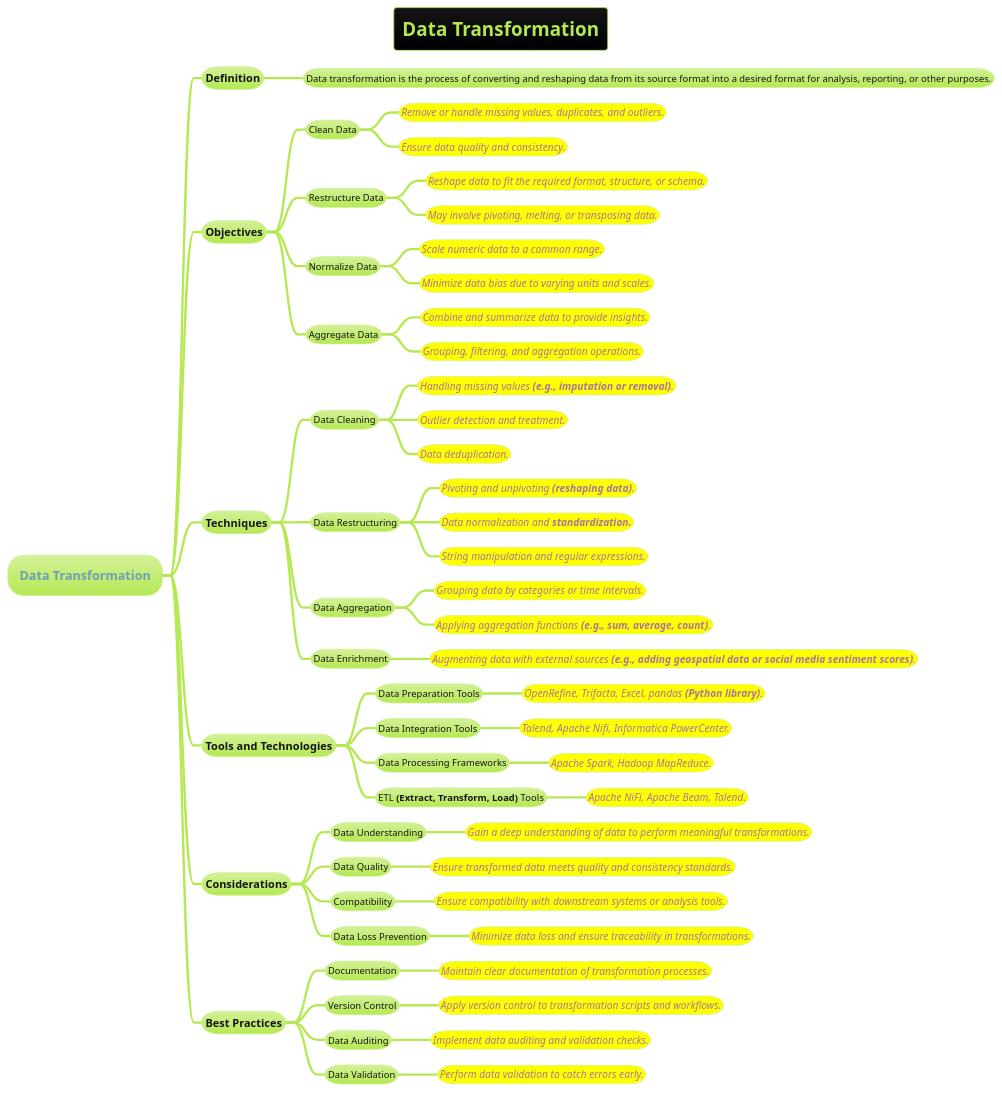
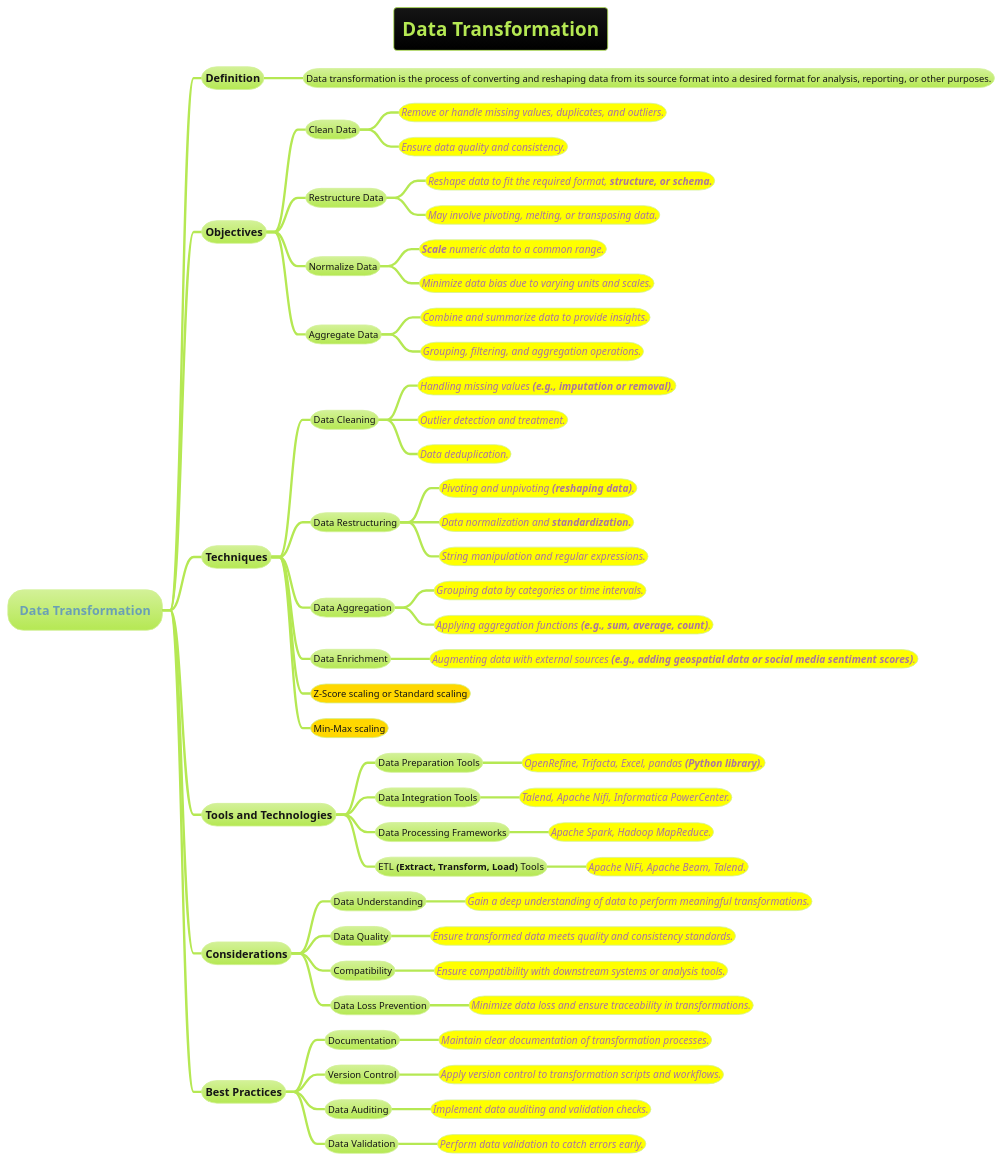
Before and after one commit to MehmoodHashmi/Documentation-as-Code-DaC: the diagram in docs/AI-ML- DL-Data-Science-and-BigData/data-science/data-engineering/data-preprocessing-(or-wrangling)/2-Data-Transformation.puml, drawn with PlantUML. The commit also changed 2 other files, not shown here.

```diff
--- a/docs/AI-ML- DL-Data-Science-and-BigData/data-science/data-engineering/data-preprocessing-(or-wrangling)/2-Data-Transformation.puml
+++ b/docs/AI-ML- DL-Data-Science-and-BigData/data-science/data-engineering/data-preprocessing-(or-wrangling)/2-Data-Transformation.puml
@@ -1,83 +1,85 @@
 @startmindmap
 title =Data Transformation
 !theme hacker
 
 * Data Transformation
 ** Definition
 *** Data transformation is the process of converting and reshaping data from its source format into a desired format for analysis, reporting, or other purposes.
 
 ** Objectives
 *** Clean Data
 ****[#yellow] ====<size:13>Remove or handle missing values, duplicates, and outliers.
 ****[#yellow] ====<size:13>Ensure data quality and consistency.
 
 *** Restructure Data
-****[#yellow] ====<size:13>Reshape data to fit the required format, structure, or schema.
+****[#yellow] ====<size:13>Reshape data to fit the required format, **structure, or schema.**
 ****[#yellow] ====<size:13>May involve pivoting, melting, or transposing data.
 
 *** Normalize Data
-****[#yellow] ====<size:13>Scale numeric data to a common range.
+****[#yellow] ====<size:13>**Scale** numeric data to a common range.
 ****[#yellow] ====<size:13>Minimize data bias due to varying units and scales.
 
 *** Aggregate Data
 ****[#yellow] ====<size:13>Combine and summarize data to provide insights.
 ****[#yellow] ====<size:13>Grouping, filtering, and aggregation operations.
 
 ** Techniques
 *** Data Cleaning
 ****[#yellow] ====<size:13>Handling missing values **(e.g., imputation or removal)**.
 ****[#yellow] ====<size:13>Outlier detection and treatment.
 ****[#yellow] ====<size:13>Data deduplication.
 
 *** Data Restructuring
 ****[#yellow] ====<size:13>Pivoting and unpivoting **(reshaping data)**.
 ****[#yellow] ====<size:13>Data normalization and **standardization.**
 ****[#yellow] ====<size:13>String manipulation and regular expressions.
 
 *** Data Aggregation
 ****[#yellow] ====<size:13>Grouping data by categories or time intervals.
 ****[#yellow] ====<size:13>Applying aggregation functions **(e.g., sum, average, count)**.
 
 *** Data Enrichment
 ****[#yellow] ====<size:13>Augmenting data with external sources **(e.g., adding geospatial data or social media sentiment scores)**.
+***[#gold] Z-Score scaling or Standard scaling
+***[#gold] Min-Max scaling
 
 ** Tools and Technologies
 *** Data Preparation Tools
 ****[#yellow] ====<size:13>OpenRefine, Trifacta, Excel, pandas **(Python library)**.
 
 *** Data Integration Tools
 ****[#yellow] ====<size:13>Talend, Apache Nifi, Informatica PowerCenter.
 
 *** Data Processing Frameworks
 ****[#yellow] ====<size:13>Apache Spark, Hadoop MapReduce.
 
 *** ETL **(Extract, Transform, Load)** Tools
 ****[#yellow] ====<size:13>Apache NiFi, Apache Beam, Talend.
 
 ** Considerations
 *** Data Understanding
 ****[#yellow] ====<size:13>Gain a deep understanding of data to perform meaningful transformations.
 
 *** Data Quality
 ****[#yellow] ====<size:13>Ensure transformed data meets quality and consistency standards.
 
 *** Compatibility
 ****[#yellow] ====<size:13>Ensure compatibility with downstream systems or analysis tools.
 
 *** Data Loss Prevention
 ****[#yellow] ====<size:13>Minimize data loss and ensure traceability in transformations.
 
 ** Best Practices
 *** Documentation
 ****[#yellow] ====<size:13>Maintain clear documentation of transformation processes.
 
 *** Version Control
 ****[#yellow] ====<size:13>Apply version control to transformation scripts and workflows.
 
 *** Data Auditing
 ****[#yellow] ====<size:13>Implement data auditing and validation checks.
 
 *** Data Validation
 ****[#yellow] ====<size:13>Perform data validation to catch errors early.
 
 @endmindmap
```
